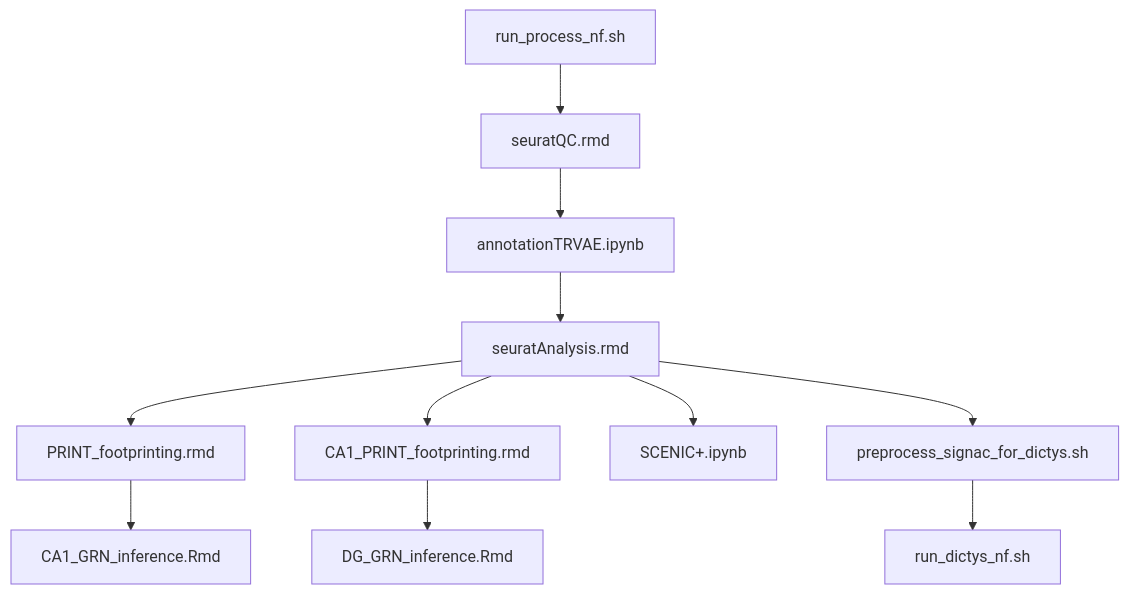
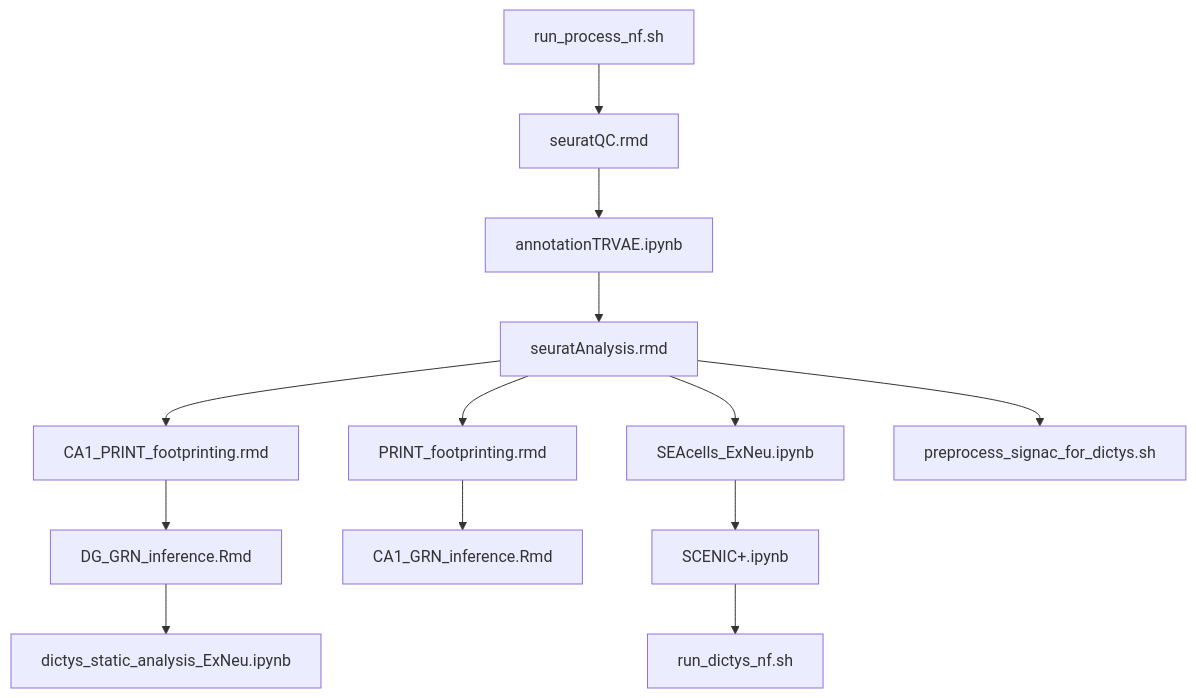
One commit to AndyCGraham/thesis changed the diagram in README.md. Above: the diagram before and after it, drawn with Mermaid. The commit also changed other lines of this file and 4 other files, not shown here.

Commit message:
Enhancement: ALternative GRN inference scripts

````diff
--- a/README.md
+++ b/README.md
@@ -26,13 +28,15 @@
 ```mermaid
     graph TD;
         A[run_process_nf.sh] --> B[seuratQC.rmd];
         B --> C[annotationTRVAE.ipynb];
         C --> D[seuratAnalysis.rmd];
         D --> E[PRINT_footprinting.rmd];
         D --> F[CA1_PRINT_footprinting.rmd];
-        D --> G[SCENIC+.ipynb];
-        D --> H[preprocess_signac_for_dictys.sh];
-        H --> I[run_dictys_nf.sh];
-        E --> J[CA1_GRN_inference.Rmd];
-        F --> K[DG_GRN_inference.Rmd];
+        D --> G[SEAcells_ExNeu.ipynb];
+        G --> H[SCENIC+.ipynb];
+        D --> I[preprocess_signac_for_dictys.sh];
+        H --> J[run_dictys_nf.sh];
+        E --> K[CA1_GRN_inference.Rmd];
+        F --> L[DG_GRN_inference.Rmd];
+        L --> M[dictys_static_analysis_ExNeu.ipynb]
 ```
````
